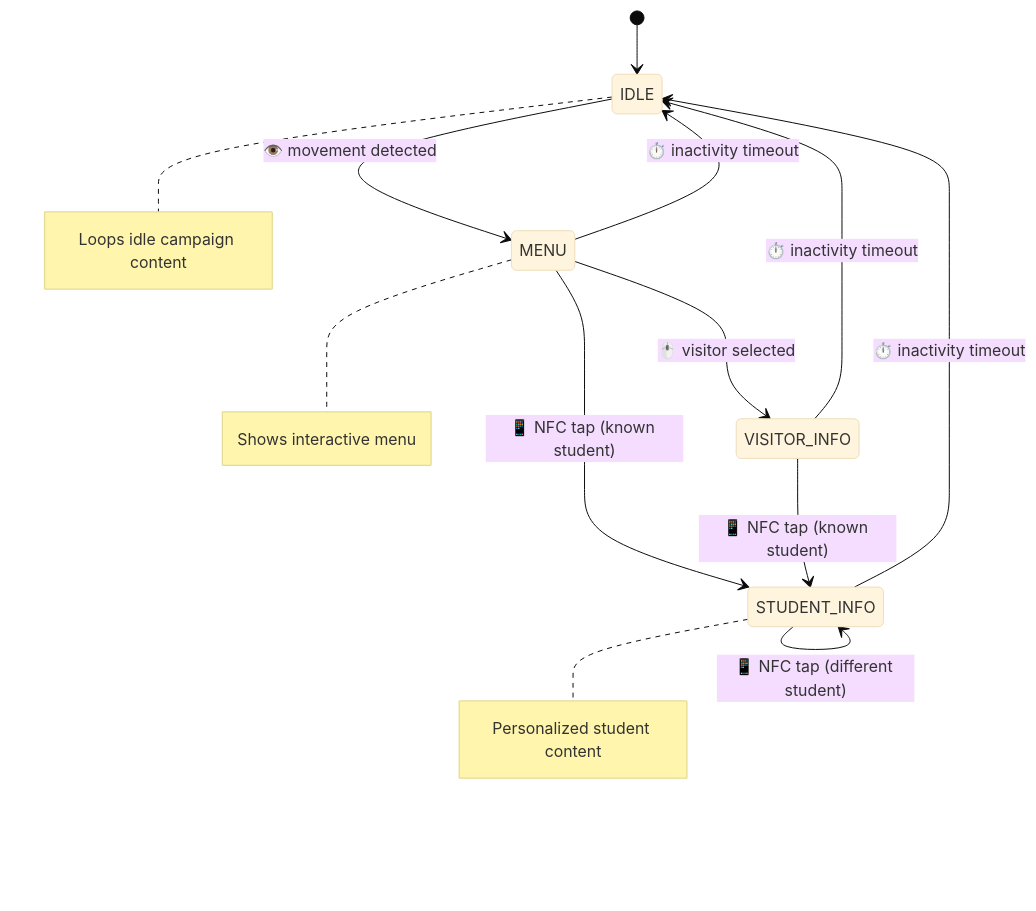
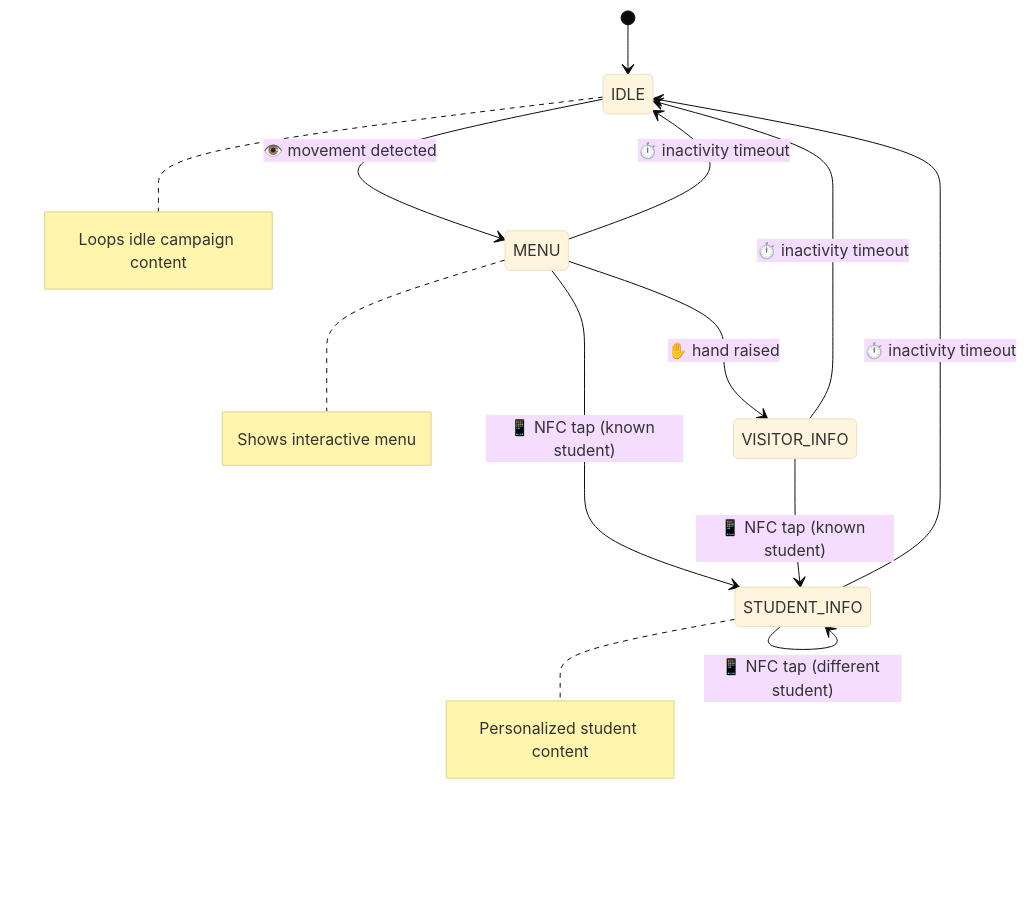
One commit to fergouchyahya/IDS changed the third of 7 diagrams in README.md. Above: the diagram before and after it, drawn with Mermaid (base theme). The commit also changed other lines of this file and 10 other files, not shown here.

````diff
--- a/README.md
+++ b/README.md
@@ -121,20 +121,20 @@
 ```mermaid
 stateDiagram-v2
     [*] --> IDLE
 
     IDLE --> MENU : 👁️ movement detected
 
-    MENU --> VISITOR_INFO : 🖱️ visitor selected
+    MENU --> VISITOR_INFO : ✋ hand raised
     MENU --> STUDENT_INFO : 📱 NFC tap (known student)
     MENU --> IDLE : ⏱️ inactivity timeout
 
     VISITOR_INFO --> STUDENT_INFO : 📱 NFC tap (known student)
     VISITOR_INFO --> IDLE : ⏱️ inactivity timeout
 
     STUDENT_INFO --> STUDENT_INFO : 📱 NFC tap (different student)
     STUDENT_INFO --> IDLE : ⏱️ inactivity timeout
 
     note right of IDLE : Loops idle campaign content
     note right of MENU : Shows interactive menu
     note right of STUDENT_INFO : Personalized student content
 ```
````
